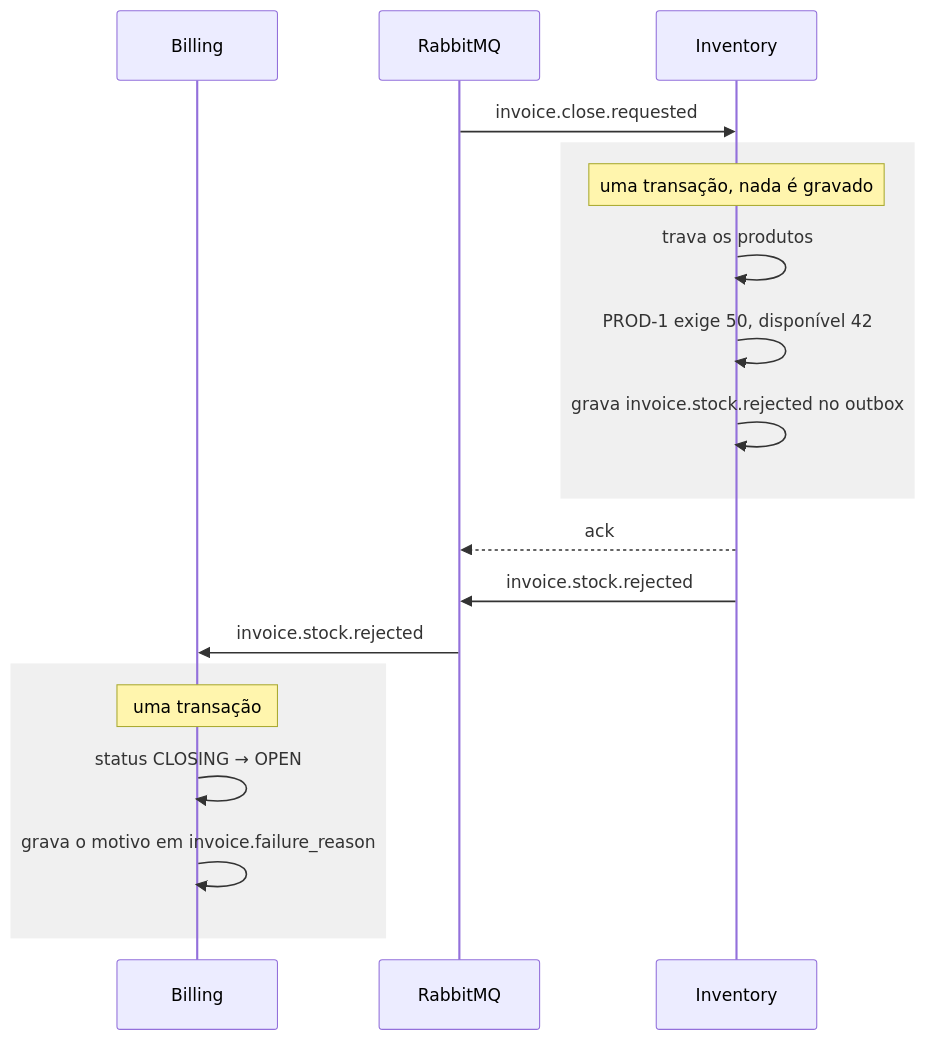
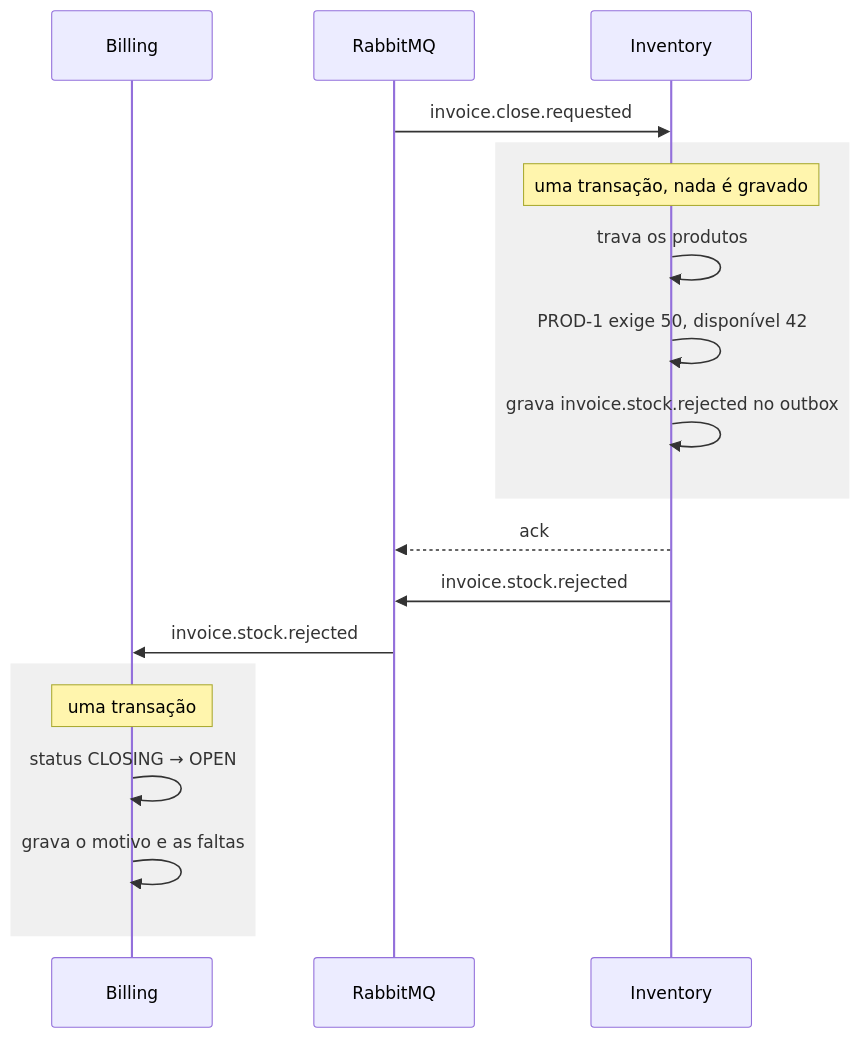
The third of 3 diagrams in docs/arquitetura.md (felixefelip/Korp_Teste_FelipeFelix), drawn with Mermaid before and after one commit. The commit also changed other lines of this file and 22 other files, not shown here.

````diff
--- a/docs/arquitetura.md
+++ b/docs/arquitetura.md
@@ -131,22 +131,22 @@
 ```mermaid
 sequenceDiagram
     participant B as Billing
     participant MQ as RabbitMQ
     participant I as Inventory
 
     MQ->>I: invoice.close.requested
     rect rgb(240, 240, 240)
         Note over I: uma transação, nada é gravado
         I->>I: trava os produtos
         I->>I: PROD-1 exige 50, disponível 42
         I->>I: grava invoice.stock.rejected no outbox
     end
     I-->>MQ: ack
     I->>MQ: invoice.stock.rejected
     MQ->>B: invoice.stock.rejected
     rect rgb(240, 240, 240)
         Note over B: uma transação
         B->>B: status CLOSING → OPEN
-        B->>B: grava o motivo em invoice.failure_reason
+        B->>B: grava o motivo e as faltas
     end
 ```
````
